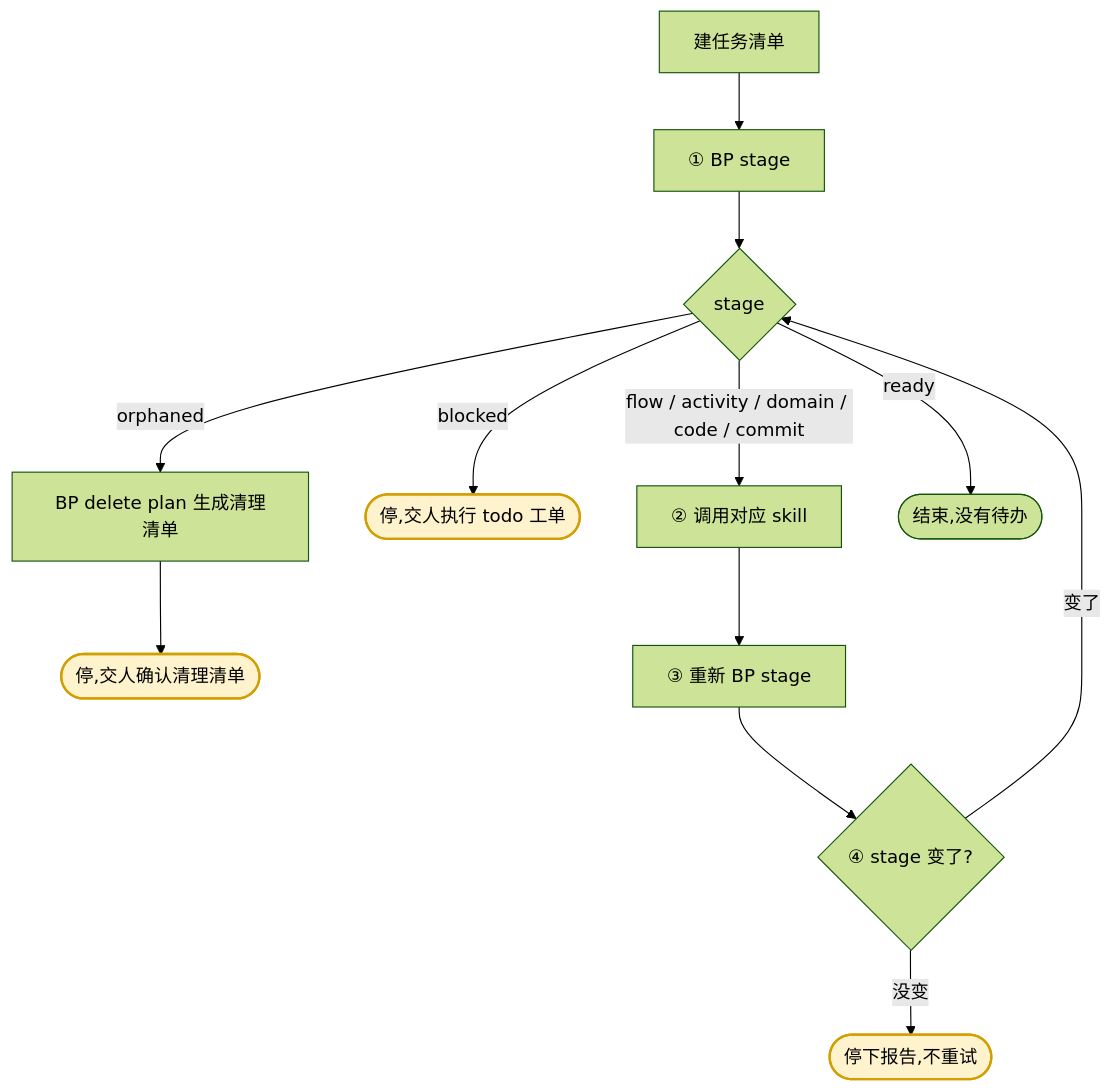
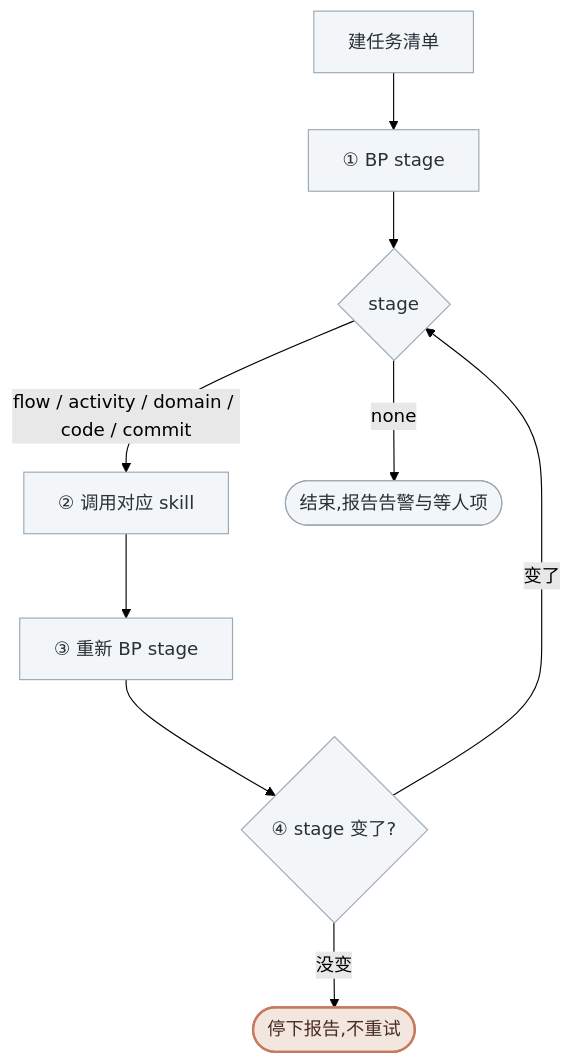
Before and after one commit to chxt100016/blueprint: the diagram in skills/blueprint/assets/skills/pipeline.md, drawn with Mermaid (forest theme). The commit also changed other lines of this file and 50 other files, not shown here.

````diff
--- a/skills/blueprint/assets/skills/pipeline.md
+++ b/skills/blueprint/assets/skills/pipeline.md
@@ -35,17 +37,15 @@
 ```mermaid
 flowchart TD
     A[建任务清单] --> B[① BP stage]
     B --> C{stage}
-    C -->|orphaned| D[BP delete plan 生成清理清单]
-    C -->|blocked| E([停,交人执行 todo 工单])
     C -->|flow / activity / domain / code / commit| F[② 调用对应 skill]
-    C -->|ready| G([结束,没有待办])
-    D --> H([停,交人确认清理清单])
+    C -->|none| G([结束,报告告警与等人项])
     F --> I[③ 重新 BP stage]
     I --> J{④ stage 变了?}
     J -->|变了| C
     J -->|没变| K([停下报告,不重试])
 
-    classDef human fill:#fff3cd,stroke:#d39e00,stroke-width:2px
-    class E,H,K human
+    classDef default fill:#f3f6f8,stroke:#9aa8b4,color:#27313a
+    classDef human fill:#f3e6df,stroke:#c77a5c,color:#4a2c21,stroke-width:2px
+    class K human
 ```
````
